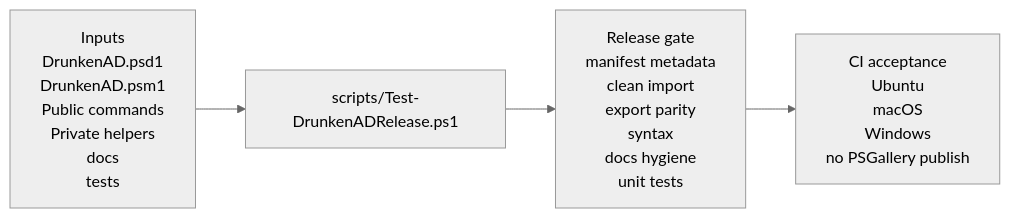
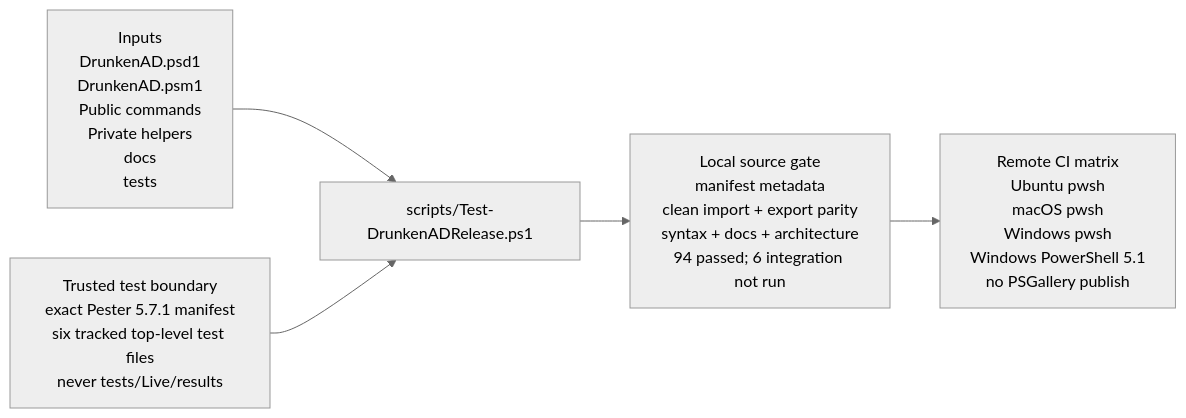
The diagram in docs/diagrams/release-readiness-flow.mmd (jonathanweinberg/DrunkenAD), drawn with Mermaid (neutral theme) before and after one commit. The commit also changed 22 other files, not shown here.

```diff
--- a/docs/diagrams/release-readiness-flow.mmd
+++ b/docs/diagrams/release-readiness-flow.mmd
@@ -1,9 +1,11 @@
 flowchart LR
     INPUTS["Inputs<br/>DrunkenAD.psd1<br/>DrunkenAD.psm1<br/>Public commands<br/>Private helpers<br/>docs<br/>tests"]
+    TRUST["Trusted test boundary<br/>exact Pester 5.7.1 manifest<br/>six tracked top-level test files<br/>never tests/Live/results"]
     SCRIPT["scripts/Test-DrunkenADRelease.ps1"]
-    CHECKS["Release gate<br/>manifest metadata<br/>clean import<br/>export parity<br/>syntax<br/>docs hygiene<br/>unit tests"]
-    CI["CI acceptance<br/>Ubuntu<br/>macOS<br/>Windows<br/>no PSGallery publish"]
+    CHECKS["Local source gate<br/>manifest metadata<br/>clean import + export parity<br/>syntax + docs + architecture<br/>94 passed; 6 integration not run"]
+    CI["Remote CI matrix<br/>Ubuntu pwsh<br/>macOS pwsh<br/>Windows pwsh<br/>Windows PowerShell 5.1<br/>no PSGallery publish"]
 
     INPUTS --> SCRIPT
+    TRUST --> SCRIPT
     SCRIPT --> CHECKS
     CHECKS --> CI
```
